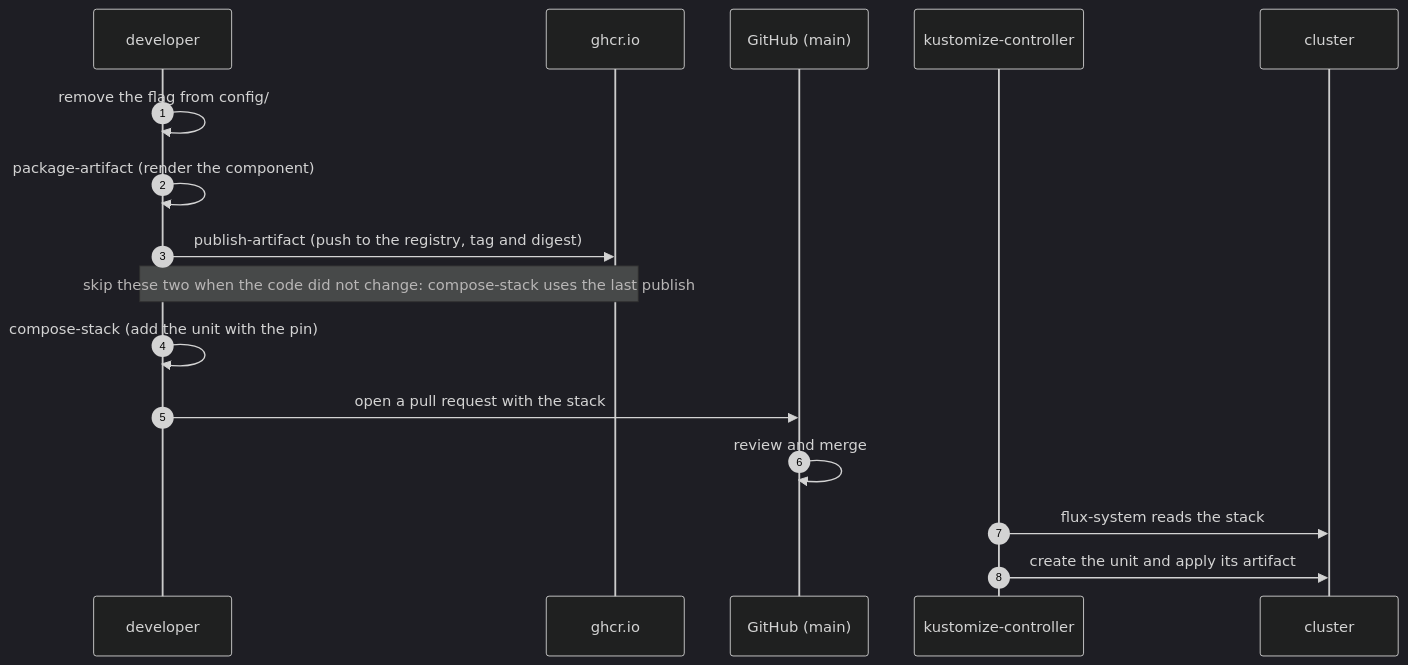
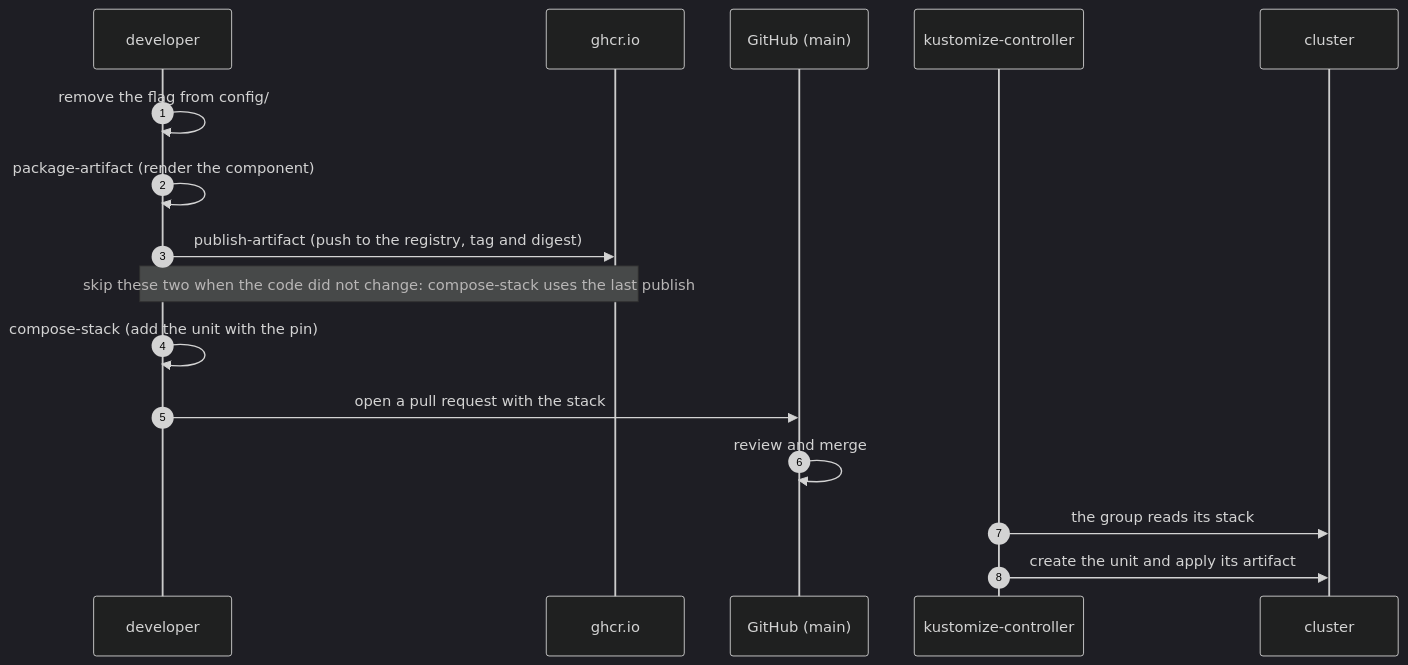
One commit to raghav19/engineersdaybook changed the fourth of 4 diagrams in code/mcp-sandbox/part-3-mcp-guardrails/docs/orchestration.md. Above: the diagram before and after it, drawn with Mermaid (dark theme). The commit also changed other lines of this file and 36 other files, not shown here.

````diff
--- a/code/mcp-sandbox/part-3-mcp-guardrails/docs/orchestration.md
+++ b/code/mcp-sandbox/part-3-mcp-guardrails/docs/orchestration.md
@@ -114,19 +123,19 @@
 ```mermaid
 sequenceDiagram
     autonumber
     participant D as developer
     participant R as ghcr.io
     participant G as GitHub (main)
     participant C as kustomize-controller
     participant K as cluster
 
     D->>D: remove the flag from config/
     D->>D: package-artifact (render the component)
     D->>R: publish-artifact (push to the registry, tag and digest)
     Note over D,R: skip these two when the code did not change: compose-stack uses the last publish
     D->>D: compose-stack (add the unit with the pin)
     D->>G: open a pull request with the stack
     G->>G: review and merge
-    C->>K: flux-system reads the stack
+    C->>K: the group reads its stack
     C->>K: create the unit and apply its artifact
 ```
````
